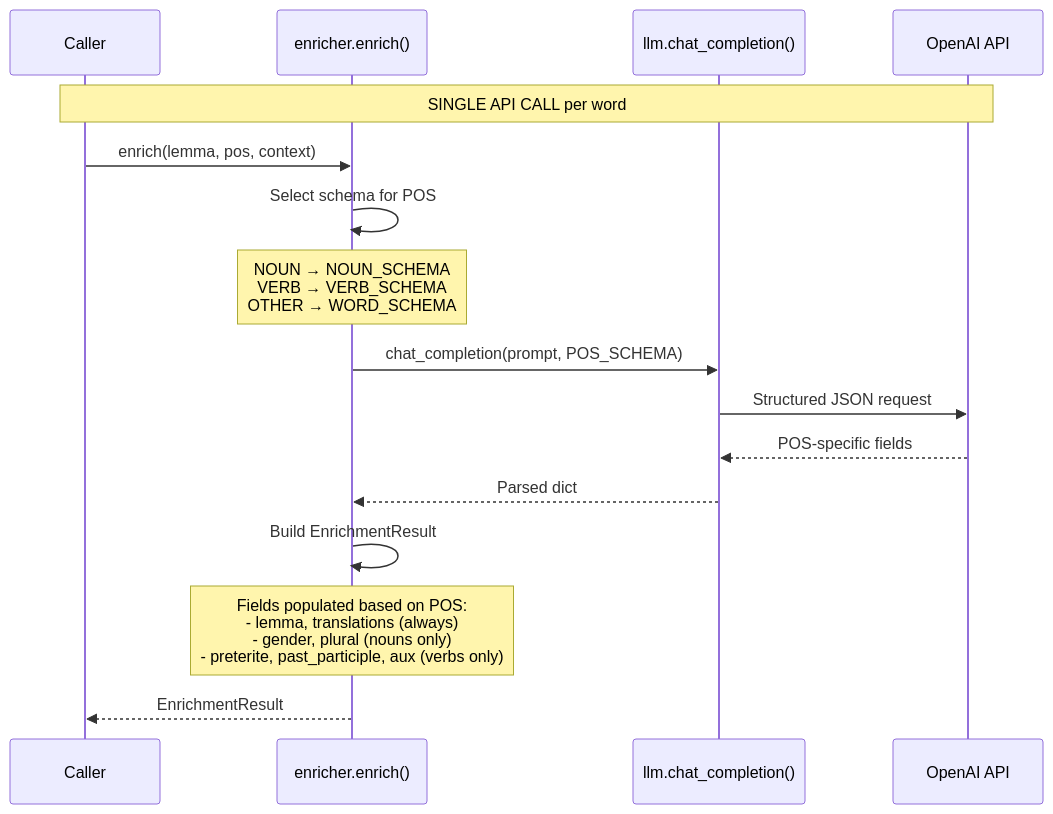
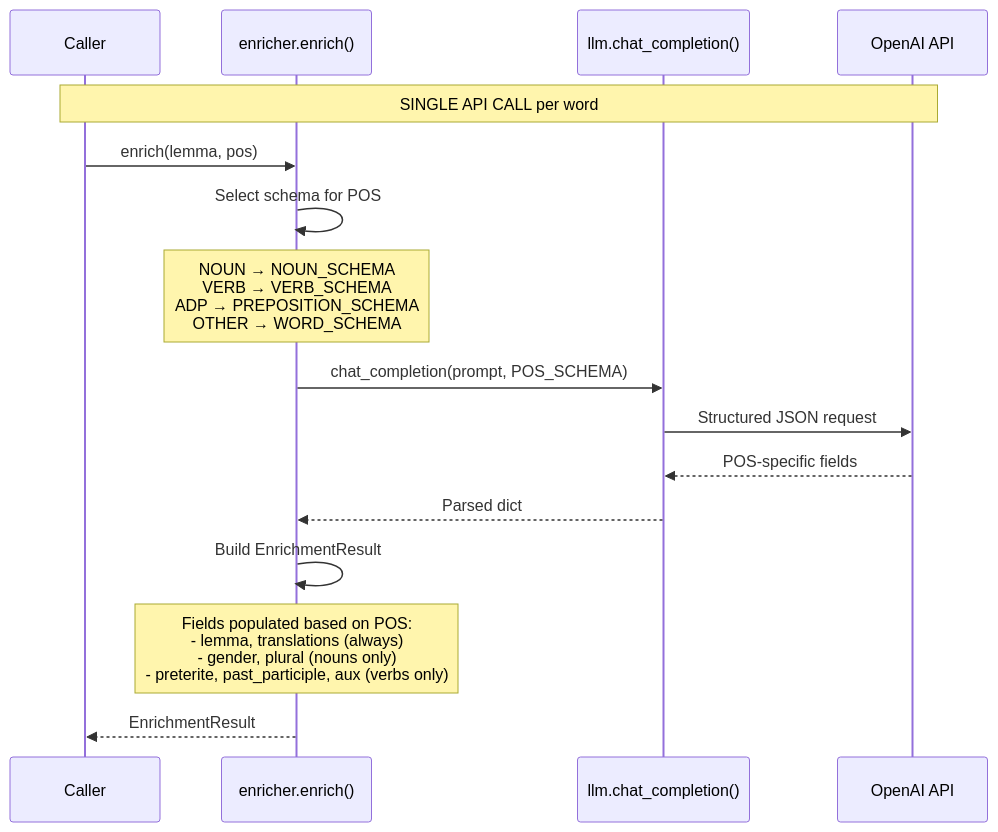
The fifth of 9 diagrams in docs/llm-pipelines.md (sapientpants/vocabext), drawn with Mermaid before and after one commit. The commit also changed other lines of this file and 3 other files, not shown here.

First line of the commit message:
fix: address Copilot review comments and add preposition schema

````diff
--- a/docs/llm-pipelines.md
+++ b/docs/llm-pipelines.md
@@ -225,24 +225,24 @@
 ```mermaid
 sequenceDiagram
     participant Caller
     participant Enricher as enricher.enrich()
     participant llm as llm.chat_completion()
     participant API as OpenAI API
 
     Note over Caller,API: SINGLE API CALL per word
 
-    Caller->>Enricher: enrich(lemma, pos, context)
+    Caller->>Enricher: enrich(lemma, pos)
 
     Enricher->>Enricher: Select schema for POS
-    Note over Enricher: NOUN → NOUN_SCHEMA<br/>VERB → VERB_SCHEMA<br/>OTHER → WORD_SCHEMA
+    Note over Enricher: NOUN → NOUN_SCHEMA<br/>VERB → VERB_SCHEMA<br/>ADP → PREPOSITION_SCHEMA<br/>OTHER → WORD_SCHEMA
 
     Enricher->>llm: chat_completion(prompt, POS_SCHEMA)
     llm->>API: Structured JSON request
     API-->>llm: POS-specific fields
     llm-->>Enricher: Parsed dict
 
     Enricher->>Enricher: Build EnrichmentResult
     Note over Enricher: Fields populated based on POS:<br/>- lemma, translations (always)<br/>- gender, plural (nouns only)<br/>- preterite, past_participle, aux (verbs only)
 
     Enricher-->>Caller: EnrichmentResult
 ```
````
